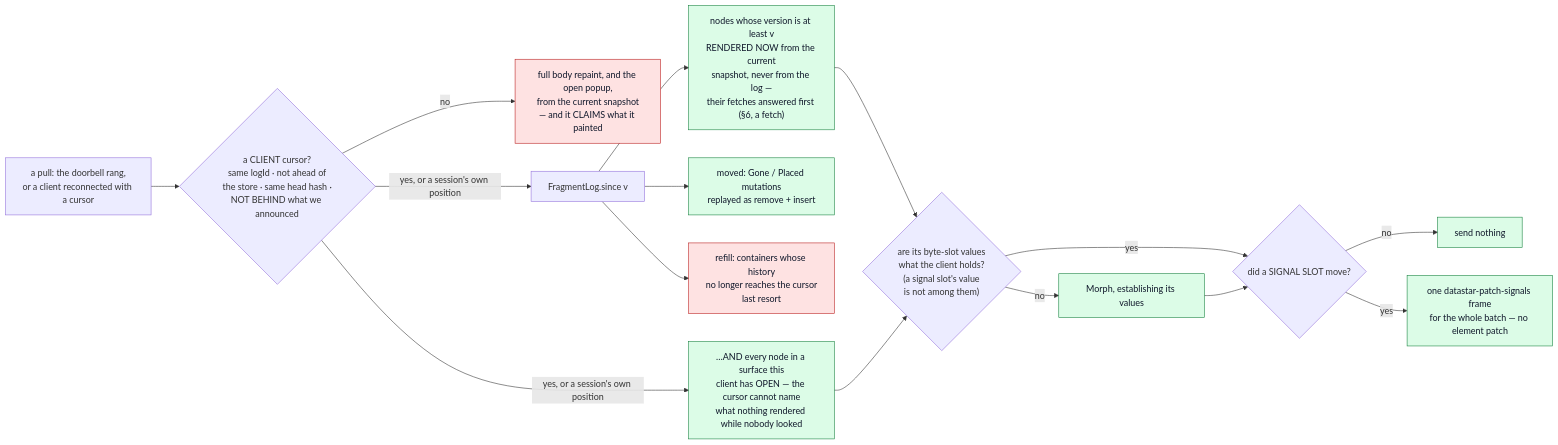
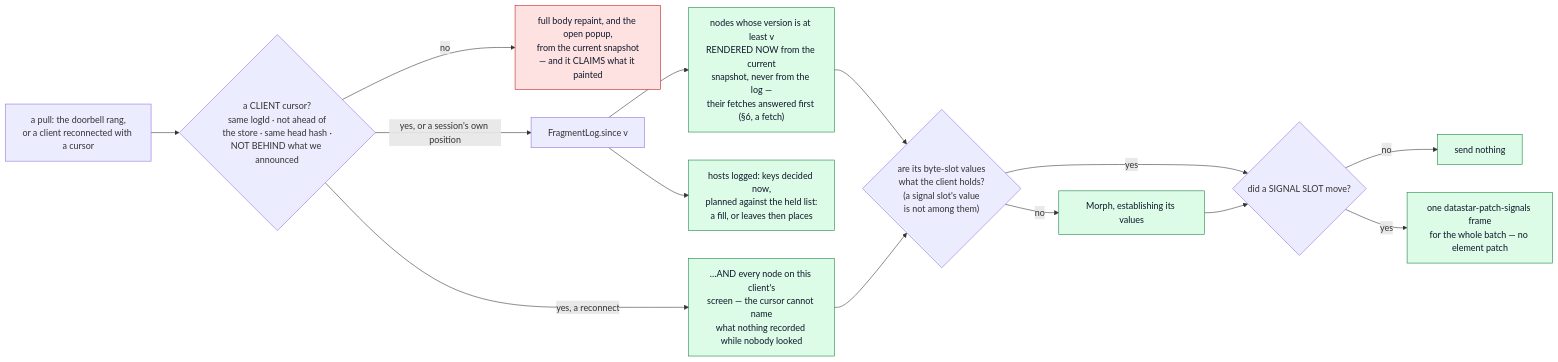
One commit to perok/functional-home-assistant changed the sixth of 6 diagrams in docs/architecture-rendering-pipeline.md. Above: the diagram before and after it, drawn with Mermaid. The commit also changed other lines of this file and 225 other files, not shown here.

````diff
--- a/docs/architecture-rendering-pipeline.md
+++ b/docs/architecture-rendering-pipeline.md
@@ -994,22 +1016,21 @@
 ```mermaid
 flowchart LR
   RC["a pull: the doorbell rang,<br/>or a client reconnected with a cursor"] --> Q{"a CLIENT cursor?<br/>same logId · not ahead of<br/>the store · same head hash ·<br/>NOT BEHIND what we announced"}
   Q -->|no| REPAINT["full body repaint, and the open popup,<br/>from the current snapshot<br/>— and it CLAIMS what it painted"]
   Q -->|yes, or a session's own position| SINCE["FragmentLog.since v"]
   SINCE --> N["nodes whose version is at least v<br/>RENDERED NOW from the current<br/>snapshot, never from the log —<br/>their fetches answered first (§6, a fetch)"]
-  SINCE --> M["moved: Gone / Placed mutations<br/>replayed as remove + insert"]
-  SINCE --> R["refill: containers whose history<br/>no longer reaches the cursor<br/>last resort"]
-  Q -->|yes, or a session's own position| OPENN["…AND every node in a surface this<br/>client has OPEN — the cursor cannot name<br/>what nothing rendered while nobody looked"]
+  SINCE --> M["hosts logged: keys decided now,<br/>planned against the held list:<br/>a fill, or leaves then places"]
+  Q -->|yes, a reconnect| OPENN["…AND every node on this client's<br/>screen — the cursor cannot name<br/>what nothing recorded while nobody looked"]
   N --> HOLD{"are its byte-slot values<br/>what the client holds?<br/>(a signal slot's value<br/>is not among them)"}
   OPENN --> HOLD
   HOLD -->|yes| SIG{"did a SIGNAL SLOT move?"}
   HOLD -->|no| SEND["Morph, establishing its values"]
   SEND --> SIG
   SIG -->|no| DROP["send nothing"]
   SIG -->|yes| FRAME["one datastar-patch-signals frame<br/>for the whole batch — no element patch"]
 
   classDef ok fill:#dcfce7,stroke:#15803d,color:#0f172a
   classDef bad fill:#fee2e2,stroke:#b91c1c,color:#0f172a
   class N,M,OPENN,SEND,DROP,FRAME ok
-  class REPAINT,R bad
+  class REPAINT bad
 ```
````
